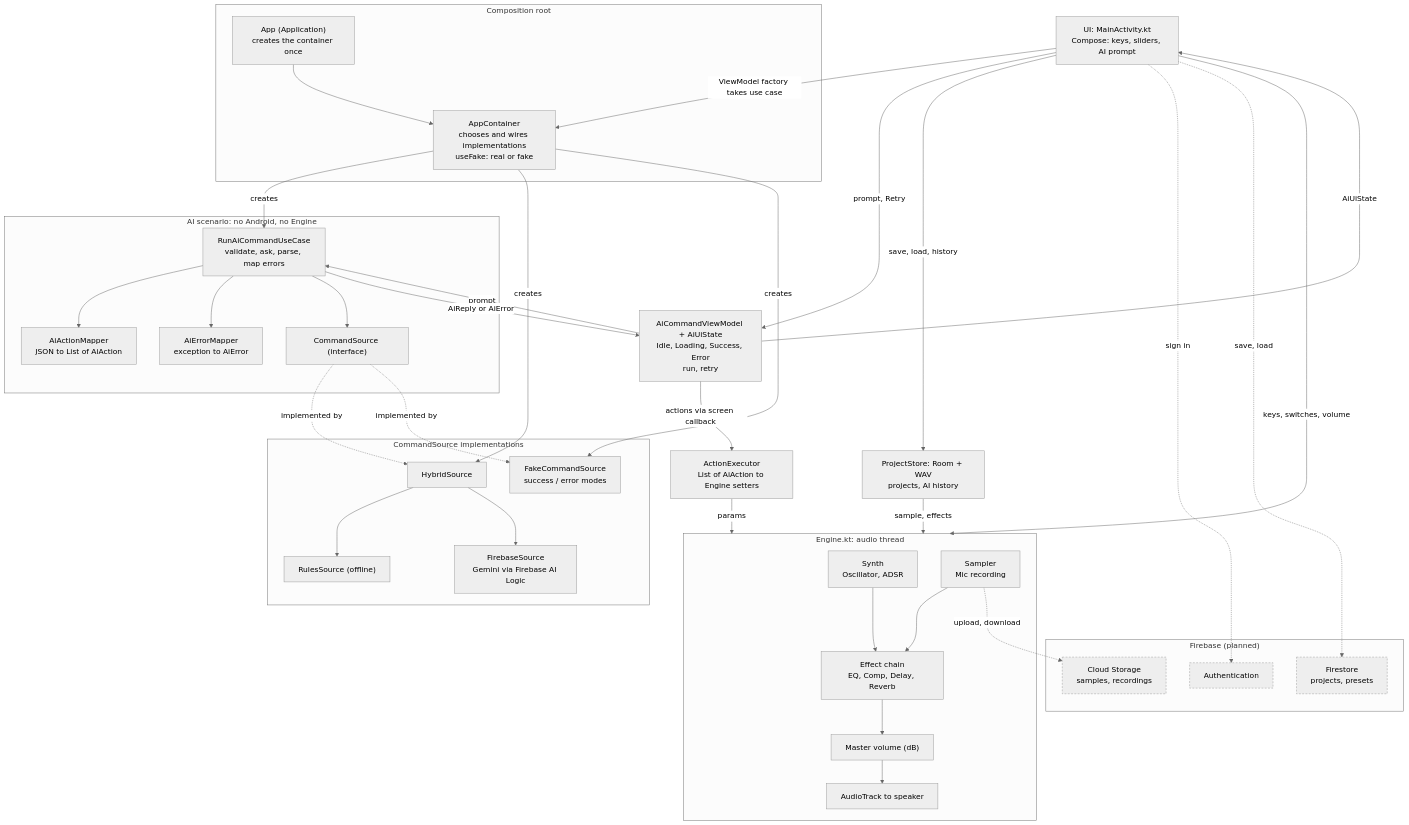
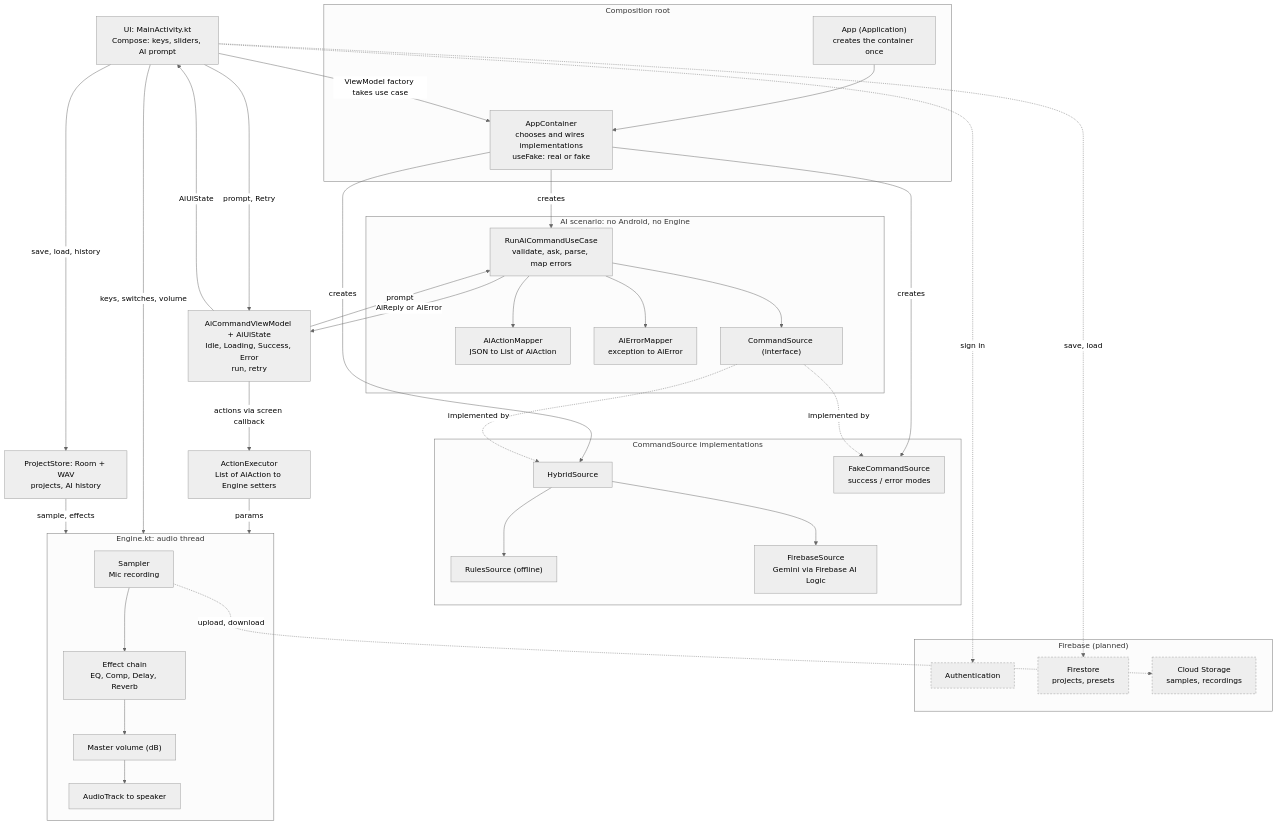
Before and after one commit to YaroslavMelnykAP23/SoundEngiToolkit: the diagram in docs/architecture.md, drawn with Mermaid (neutral theme). The commit also changed other lines of this file and 5 other files, not shown here.

````diff
--- a/docs/architecture.md
+++ b/docs/architecture.md
@@ -7,72 +7,70 @@
 ```mermaid
 flowchart TB
     UI["UI: MainActivity.kt<br/>Compose: keys, sliders, AI prompt"]
 
     subgraph ROOT["Composition root"]
         APP["App (Application)<br/>creates the container once"]
         CONT["AppContainer<br/>chooses and wires implementations<br/>useFake: real or fake"]
         APP --> CONT
     end
 
     subgraph AIL["AI scenario: no Android, no Engine"]
         UC["RunAiCommandUseCase<br/>validate, ask, parse, map errors"]
         MAP["AiActionMapper<br/>JSON to List of AiAction"]
         ERR["AiErrorMapper<br/>exception to AiError"]
         IFACE["CommandSource (interface)"]
         UC --> MAP
         UC --> ERR
         UC --> IFACE
     end
 
     subgraph IMPL["CommandSource implementations"]
         HYB["HybridSource"]
         RULES["RulesSource (offline)"]
         FIREB["FirebaseSource<br/>Gemini via Firebase AI Logic"]
         FAKE["FakeCommandSource<br/>success / error modes"]
         HYB --> RULES
         HYB --> FIREB
     end
 
     VM["AiCommandViewModel + AiUiState<br/>Idle, Loading, Success, Error<br/>run, retry"]
     EXEC["ActionExecutor<br/>List of AiAction to Engine setters"]
     STORE["ProjectStore: Room + WAV<br/>projects, AI history"]
 
     subgraph FB["Firebase (planned)"]
         AUTH["Authentication"]
         FS["Firestore<br/>projects, presets"]
         ST["Cloud Storage<br/>samples, recordings"]
     end
 
     subgraph ENGINE["Engine.kt: audio thread"]
-        SYNTH["Synth<br/>Oscillator, ADSR"]
         SAMPLER["Sampler<br/>Mic recording"]
         FX["Effect chain<br/>EQ, Comp, Delay, Reverb"]
         VOL["Master volume (dB)"]
         OUT["AudioTrack to speaker"]
-        SYNTH --> FX
         SAMPLER --> FX
         FX --> VOL --> OUT
     end
 
     CONT -->|creates| UC
     CONT -->|creates| HYB
     CONT -->|creates| FAKE
     IFACE -.->|implemented by| HYB
     IFACE -.->|implemented by| FAKE
     UI -->|ViewModel factory takes use case| CONT
     UI -->|prompt, Retry| VM
     VM -->|prompt| UC
     UC -->|AiReply or AiError| VM
     VM -->|AiUiState| UI
     VM -->|actions via screen callback| EXEC
     EXEC -->|params| ENGINE
     UI -->|keys, switches, volume| ENGINE
     UI -->|save, load, history| STORE
     STORE -->|sample, effects| ENGINE
     UI -.->|sign in| AUTH
     UI -.->|save, load| FS
     SAMPLER -.->|upload, download| ST
 
     classDef planned stroke-dasharray: 4 3
     class AUTH,FS,ST planned
 ```
````
